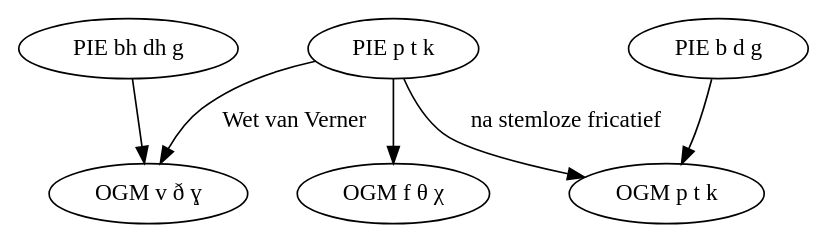
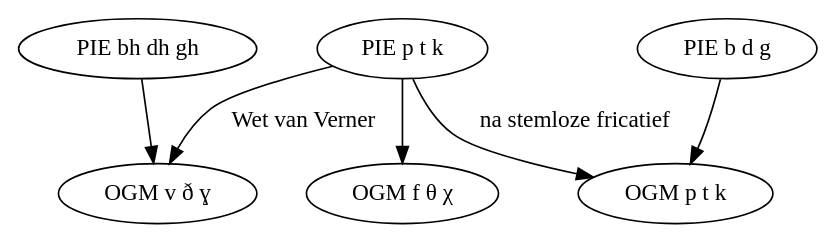
One commit to simazhi/atw2_2025 changed the first of 2 diagrams in les1.qmd. Above: the diagram before and after it, drawn with Graphviz. The commit also changed other lines of this file and 4 other files, not shown here.

````diff
--- a/les1.qmd
+++ b/les1.qmd
@@ -305,19 +308,19 @@
 ```{dot}
 digraph {
   rankdir=TB;
 
-  Z [ label = "PIE bh dh g" ]
+  Z [ label = "PIE bh dh gh" ]
   K [label="OGM v ð ɣ"]
   Y [label="PIE p t k"]
   L [label = "OGM f θ χ"]
   X [label = "PIE b d g"]
   M [label = "OGM p t k"]
   
   Z -> K;
   Y -> K [label = "Wet van Verner"];
   Y -> L;
   X -> M;
   Y -> M [label = "na stemloze fricatief"];
   
 }
 ```
````
